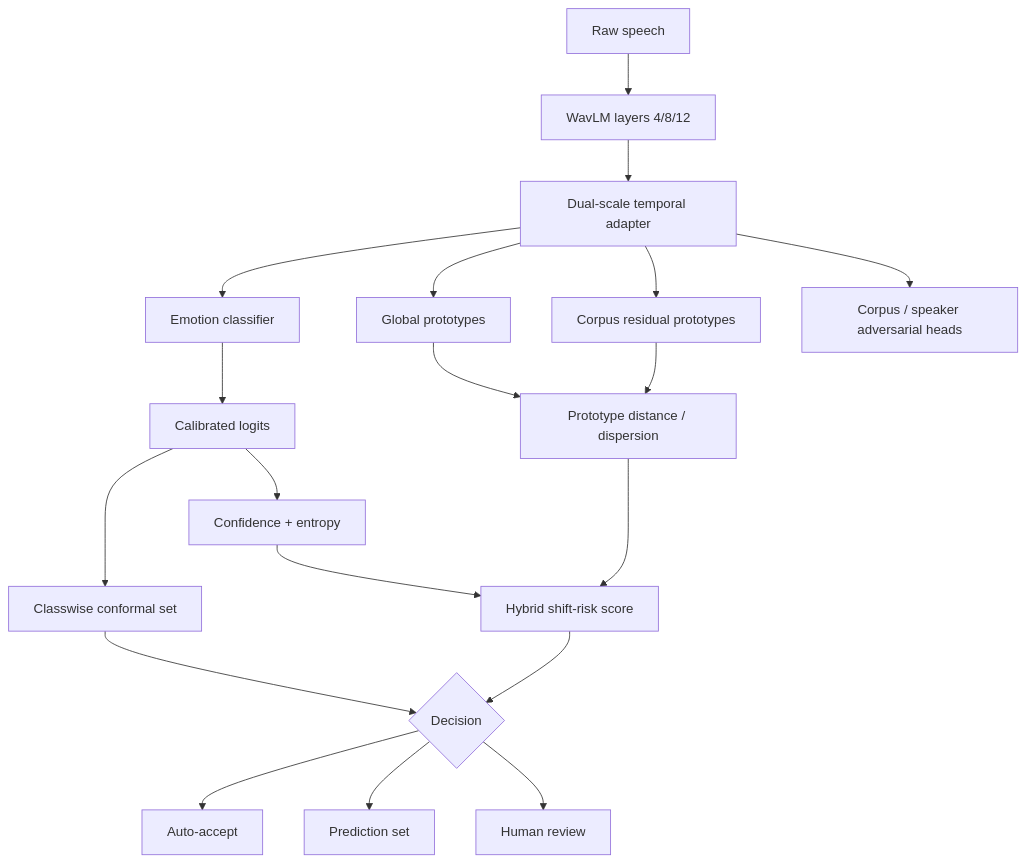
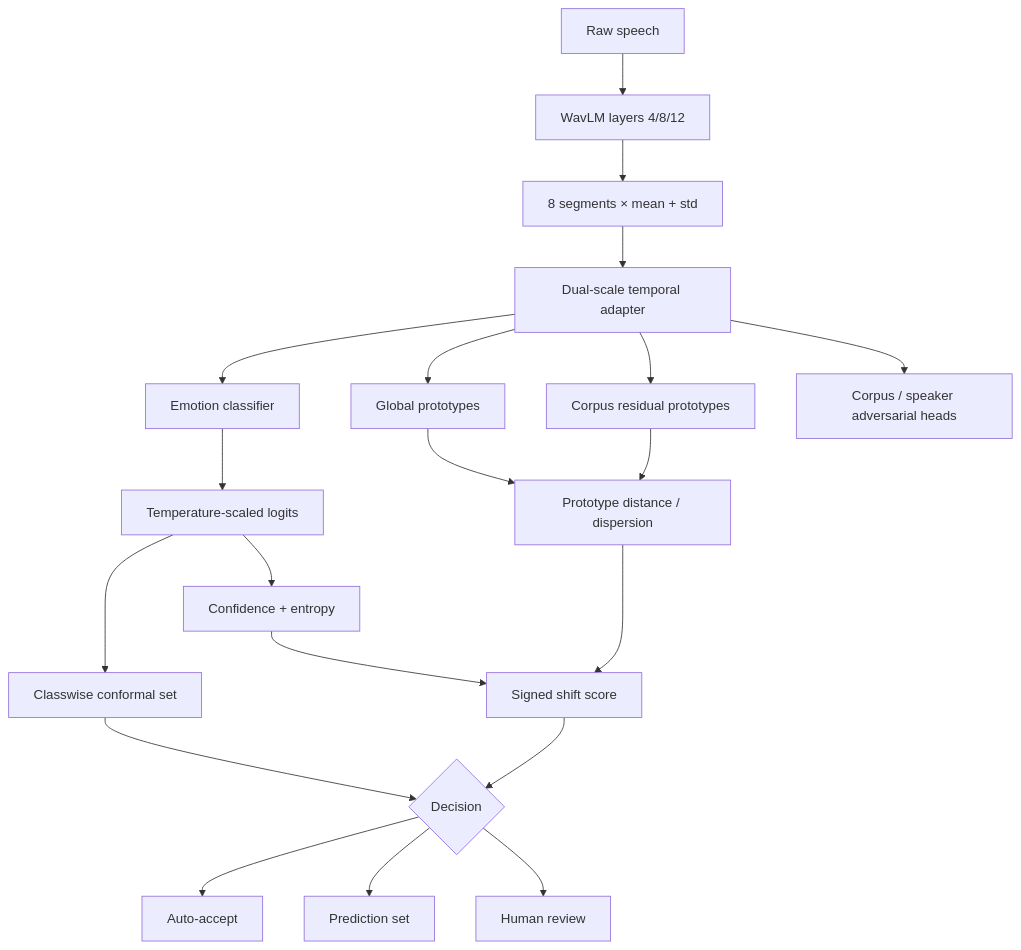
The diagram in docs/ARCHITECTURE.md (Mind-Twister-Wizard/AffectBridge-UQ), drawn with Mermaid before and after one commit. The commit also changed other lines of this file, not shown here.

Commit message:
Document professor-reviewed architecture details

````diff
--- a/docs/ARCHITECTURE.md
+++ b/docs/ARCHITECTURE.md
@@ -18,21 +115,22 @@
 ```mermaid
 flowchart TB
     X[Raw speech] --> A[WavLM layers 4/8/12]
-    A --> B[Dual-scale temporal adapter]
-    B --> C[Emotion classifier]
-    B --> D[Global prototypes]
-    B --> E[Corpus residual prototypes]
-    B --> F[Corpus / speaker adversarial heads]
-    C --> G[Calibrated logits]
-    D --> H[Prototype distance / dispersion]
-    E --> H
-    G --> I[Classwise conformal set]
-    G --> J[Confidence + entropy]
-    H --> K[Hybrid shift-risk score]
-    J --> K
-    I --> L{Decision}
+    A --> B[8 segments × mean + std]
+    B --> C[Dual-scale temporal adapter]
+    C --> D[Emotion classifier]
+    C --> E[Global prototypes]
+    C --> F[Corpus residual prototypes]
+    C --> G[Corpus / speaker adversarial heads]
+    D --> H[Temperature-scaled logits]
+    E --> I[Prototype distance / dispersion]
+    F --> I
+    H --> J[Classwise conformal set]
+    H --> K[Confidence + entropy]
+    I --> L[Signed shift score]
     K --> L
-    L --> M[Auto-accept]
-    L --> N[Prediction set]
-    L --> O[Human review]
+    J --> M{Decision}
+    L --> M
+    M --> N[Auto-accept]
+    M --> O[Prediction set]
+    M --> P[Human review]
 ```
````
